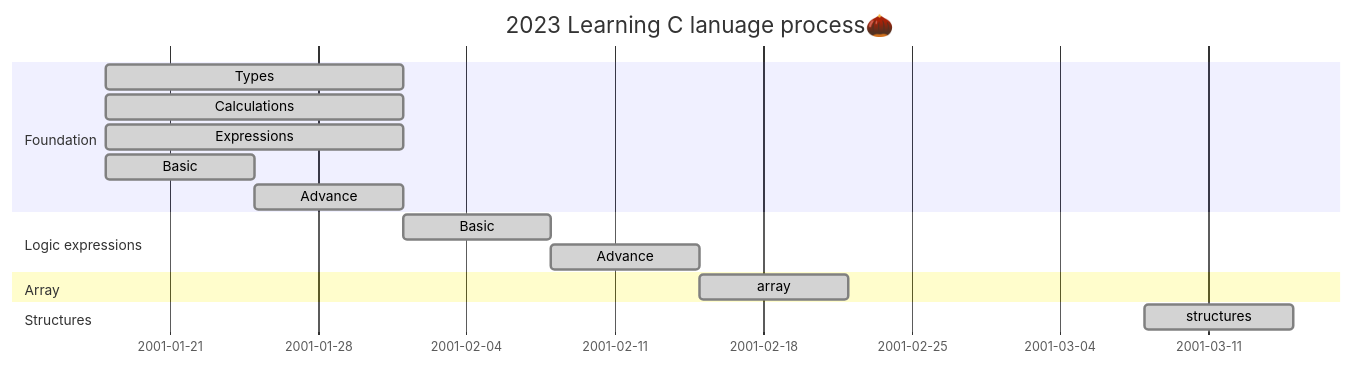
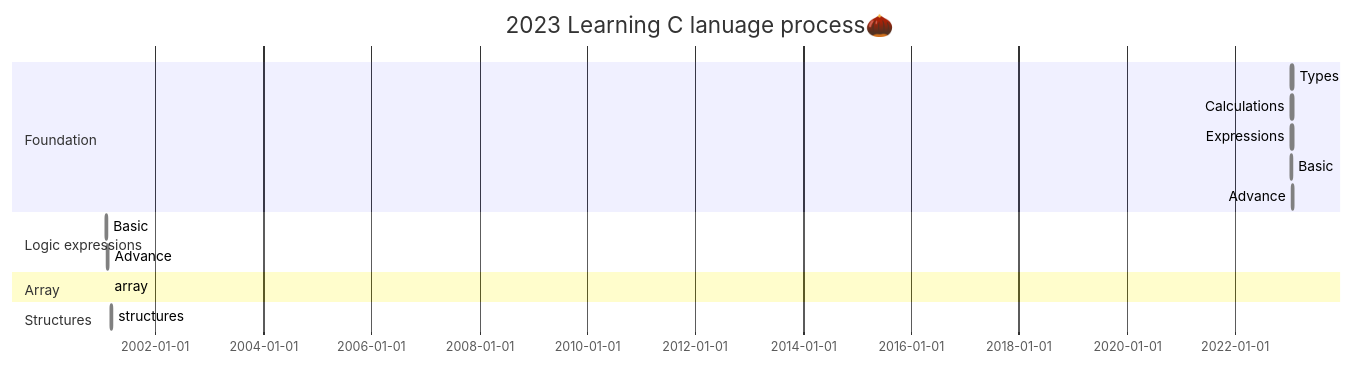
Before and after one commit to AimeeWen1992/Learning-C: the second of 2 diagrams in README.md, drawn with Mermaid.

````diff
--- a/README.md
+++ b/README.md
@@ -32,22 +32,22 @@
 ```mermaid
 gantt
 title 2023 Learning C lanuage process🌰
 %%dateFormat mm-dd
-section Foundation
-        Types        :done,01-18,14d
-        Calculations :done,01-18,14d
-        Expressions  :done,01-18,14d
-        Basic   :done,01-18,7d
-        Advance :done,01-25,7d
+section Foundation          
+        Types        :done,2023-01-18,14d
+        Calculations :done,2023-01-18,14d
+        Expressions  :done,2023-01-18,14d
+        Basic   :done,2023-01-18,7d
+        Advance :done,2023-01-25,7d
 
 section Logic expressions
         Basic   :done,des1,02-01,7d
         Advance :done,des2,after des1,7d
 
 section Array
         array :done,02-15,7d
 
 section Structures
         structures :done,03-08,7d
 
 ```
````
